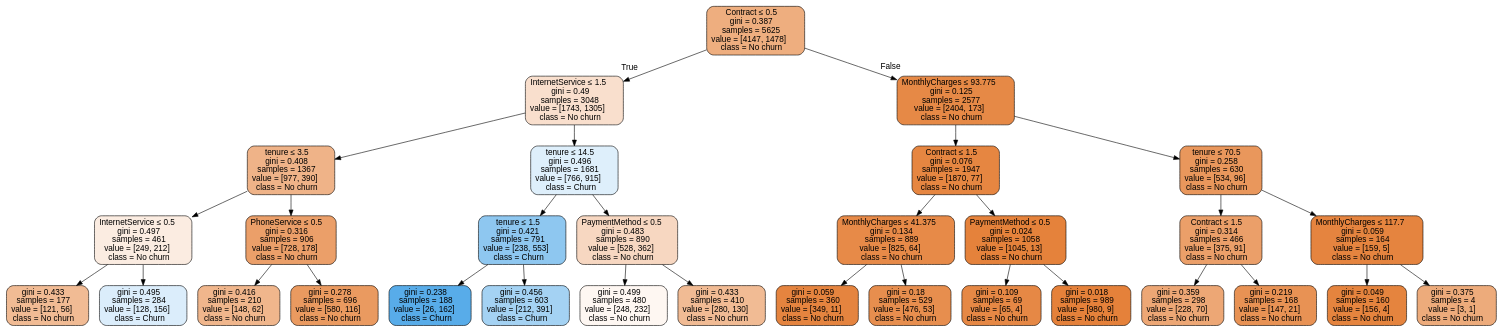
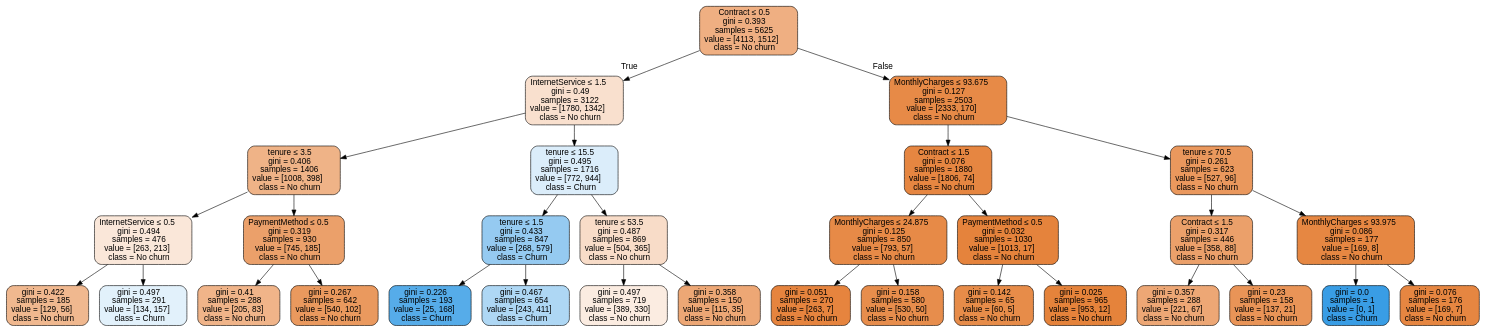
One commit to smarty1palak/Customer_Churn_Prediction changed the diagram in decision_tree.gv. Above: the diagram before and after it, drawn with Graphviz. The commit also changed 7 other files, not shown here.

```diff
--- a/decision_tree.gv
+++ b/decision_tree.gv
@@ -1,65 +1,65 @@
 digraph Tree {
 node [shape=box, style="filled, rounded", color="black", fontname=helvetica] ;
 edge [fontname=helvetica] ;
-0 [label=<Contract &le; 0.5<br/>gini = 0.387<br/>samples = 5625<br/>value = [4147, 1478]<br/>class = No churn>, fillcolor="#e58139a4"] ;
-1 [label=<InternetService &le; 1.5<br/>gini = 0.49<br/>samples = 3048<br/>value = [1743, 1305]<br/>class = No churn>, fillcolor="#e5813940"] ;
+0 [label=<Contract &le; 0.5<br/>gini = 0.393<br/>samples = 5625<br/>value = [4113, 1512]<br/>class = No churn>, fillcolor="#efaf82"] ;
+1 [label=<InternetService &le; 1.5<br/>gini = 0.49<br/>samples = 3122<br/>value = [1780, 1342]<br/>class = No churn>, fillcolor="#f9e0ce"] ;
 0 -> 1 [labeldistance=2.5, labelangle=45, headlabel="True"] ;
-2 [label=<tenure &le; 3.5<br/>gini = 0.408<br/>samples = 1367<br/>value = [977, 390]<br/>class = No churn>, fillcolor="#e5813999"] ;
+2 [label=<tenure &le; 3.5<br/>gini = 0.406<br/>samples = 1406<br/>value = [1008, 398]<br/>class = No churn>, fillcolor="#efb387"] ;
 1 -> 2 ;
-3 [label=<InternetService &le; 0.5<br/>gini = 0.497<br/>samples = 461<br/>value = [249, 212]<br/>class = No churn>, fillcolor="#e5813926"] ;
+3 [label=<InternetService &le; 0.5<br/>gini = 0.494<br/>samples = 476<br/>value = [263, 213]<br/>class = No churn>, fillcolor="#fae7d9"] ;
 2 -> 3 ;
-4 [label=<gini = 0.433<br/>samples = 177<br/>value = [121, 56]<br/>class = No churn>, fillcolor="#e5813989"] ;
+4 [label=<gini = 0.422<br/>samples = 185<br/>value = [129, 56]<br/>class = No churn>, fillcolor="#f0b88f"] ;
 3 -> 4 ;
-5 [label=<gini = 0.495<br/>samples = 284<br/>value = [128, 156]<br/>class = Churn>, fillcolor="#399de52e"] ;
+5 [label=<gini = 0.497<br/>samples = 291<br/>value = [134, 157]<br/>class = Churn>, fillcolor="#e2f1fb"] ;
 3 -> 5 ;
-6 [label=<PhoneService &le; 0.5<br/>gini = 0.316<br/>samples = 906<br/>value = [728, 178]<br/>class = No churn>, fillcolor="#e58139c1"] ;
+6 [label=<PaymentMethod &le; 0.5<br/>gini = 0.319<br/>samples = 930<br/>value = [745, 185]<br/>class = No churn>, fillcolor="#eba06a"] ;
 2 -> 6 ;
-7 [label=<gini = 0.416<br/>samples = 210<br/>value = [148, 62]<br/>class = No churn>, fillcolor="#e5813994"] ;
+7 [label=<gini = 0.41<br/>samples = 288<br/>value = [205, 83]<br/>class = No churn>, fillcolor="#f0b489"] ;
 6 -> 7 ;
-8 [label=<gini = 0.278<br/>samples = 696<br/>value = [580, 116]<br/>class = No churn>, fillcolor="#e58139cc"] ;
+8 [label=<gini = 0.267<br/>samples = 642<br/>value = [540, 102]<br/>class = No churn>, fillcolor="#ea995e"] ;
 6 -> 8 ;
-9 [label=<tenure &le; 14.5<br/>gini = 0.496<br/>samples = 1681<br/>value = [766, 915]<br/>class = Churn>, fillcolor="#399de52a"] ;
+9 [label=<tenure &le; 15.5<br/>gini = 0.495<br/>samples = 1716<br/>value = [772, 944]<br/>class = Churn>, fillcolor="#dbedfa"] ;
 1 -> 9 ;
-10 [label=<tenure &le; 1.5<br/>gini = 0.421<br/>samples = 791<br/>value = [238, 553]<br/>class = Churn>, fillcolor="#399de591"] ;
+10 [label=<tenure &le; 1.5<br/>gini = 0.433<br/>samples = 847<br/>value = [268, 579]<br/>class = Churn>, fillcolor="#95caf1"] ;
 9 -> 10 ;
-11 [label=<gini = 0.238<br/>samples = 188<br/>value = [26, 162]<br/>class = Churn>, fillcolor="#399de5d6"] ;
+11 [label=<gini = 0.226<br/>samples = 193<br/>value = [25, 168]<br/>class = Churn>, fillcolor="#56ace9"] ;
 10 -> 11 ;
-12 [label=<gini = 0.456<br/>samples = 603<br/>value = [212, 391]<br/>class = Churn>, fillcolor="#399de575"] ;
+12 [label=<gini = 0.467<br/>samples = 654<br/>value = [243, 411]<br/>class = Churn>, fillcolor="#aed7f4"] ;
 10 -> 12 ;
-13 [label=<PaymentMethod &le; 0.5<br/>gini = 0.483<br/>samples = 890<br/>value = [528, 362]<br/>class = No churn>, fillcolor="#e5813950"] ;
+13 [label=<tenure &le; 53.5<br/>gini = 0.487<br/>samples = 869<br/>value = [504, 365]<br/>class = No churn>, fillcolor="#f8dcc8"] ;
 9 -> 13 ;
-14 [label=<gini = 0.499<br/>samples = 480<br/>value = [248, 232]<br/>class = No churn>, fillcolor="#e5813910"] ;
+14 [label=<gini = 0.497<br/>samples = 719<br/>value = [389, 330]<br/>class = No churn>, fillcolor="#fbece1"] ;
 13 -> 14 ;
-15 [label=<gini = 0.433<br/>samples = 410<br/>value = [280, 130]<br/>class = No churn>, fillcolor="#e5813989"] ;
+15 [label=<gini = 0.358<br/>samples = 150<br/>value = [115, 35]<br/>class = No churn>, fillcolor="#eda775"] ;
 13 -> 15 ;
-16 [label=<MonthlyCharges &le; 93.775<br/>gini = 0.125<br/>samples = 2577<br/>value = [2404, 173]<br/>class = No churn>, fillcolor="#e58139ed"] ;
+16 [label=<MonthlyCharges &le; 93.675<br/>gini = 0.127<br/>samples = 2503<br/>value = [2333, 170]<br/>class = No churn>, fillcolor="#e78a47"] ;
 0 -> 16 [labeldistance=2.5, labelangle=-45, headlabel="False"] ;
-17 [label=<Contract &le; 1.5<br/>gini = 0.076<br/>samples = 1947<br/>value = [1870, 77]<br/>class = No churn>, fillcolor="#e58139f4"] ;
+17 [label=<Contract &le; 1.5<br/>gini = 0.076<br/>samples = 1880<br/>value = [1806, 74]<br/>class = No churn>, fillcolor="#e68641"] ;
 16 -> 17 ;
-18 [label=<MonthlyCharges &le; 41.375<br/>gini = 0.134<br/>samples = 889<br/>value = [825, 64]<br/>class = No churn>, fillcolor="#e58139eb"] ;
+18 [label=<MonthlyCharges &le; 24.875<br/>gini = 0.125<br/>samples = 850<br/>value = [793, 57]<br/>class = No churn>, fillcolor="#e78a47"] ;
 17 -> 18 ;
-19 [label=<gini = 0.059<br/>samples = 360<br/>value = [349, 11]<br/>class = No churn>, fillcolor="#e58139f7"] ;
+19 [label=<gini = 0.051<br/>samples = 270<br/>value = [263, 7]<br/>class = No churn>, fillcolor="#e6843e"] ;
 18 -> 19 ;
-20 [label=<gini = 0.18<br/>samples = 529<br/>value = [476, 53]<br/>class = No churn>, fillcolor="#e58139e3"] ;
+20 [label=<gini = 0.158<br/>samples = 580<br/>value = [530, 50]<br/>class = No churn>, fillcolor="#e78d4c"] ;
 18 -> 20 ;
-21 [label=<PaymentMethod &le; 0.5<br/>gini = 0.024<br/>samples = 1058<br/>value = [1045, 13]<br/>class = No churn>, fillcolor="#e58139fc"] ;
+21 [label=<PaymentMethod &le; 0.5<br/>gini = 0.032<br/>samples = 1030<br/>value = [1013, 17]<br/>class = No churn>, fillcolor="#e5833c"] ;
 17 -> 21 ;
-22 [label=<gini = 0.109<br/>samples = 69<br/>value = [65, 4]<br/>class = No churn>, fillcolor="#e58139ef"] ;
+22 [label=<gini = 0.142<br/>samples = 65<br/>value = [60, 5]<br/>class = No churn>, fillcolor="#e78c49"] ;
 21 -> 22 ;
-23 [label=<gini = 0.018<br/>samples = 989<br/>value = [980, 9]<br/>class = No churn>, fillcolor="#e58139fd"] ;
+23 [label=<gini = 0.025<br/>samples = 965<br/>value = [953, 12]<br/>class = No churn>, fillcolor="#e5833b"] ;
 21 -> 23 ;
-24 [label=<tenure &le; 70.5<br/>gini = 0.258<br/>samples = 630<br/>value = [534, 96]<br/>class = No churn>, fillcolor="#e58139d1"] ;
+24 [label=<tenure &le; 70.5<br/>gini = 0.261<br/>samples = 623<br/>value = [527, 96]<br/>class = No churn>, fillcolor="#ea985d"] ;
 16 -> 24 ;
-25 [label=<Contract &le; 1.5<br/>gini = 0.314<br/>samples = 466<br/>value = [375, 91]<br/>class = No churn>, fillcolor="#e58139c1"] ;
+25 [label=<Contract &le; 1.5<br/>gini = 0.317<br/>samples = 446<br/>value = [358, 88]<br/>class = No churn>, fillcolor="#eba06a"] ;
 24 -> 25 ;
-26 [label=<gini = 0.359<br/>samples = 298<br/>value = [228, 70]<br/>class = No churn>, fillcolor="#e58139b1"] ;
+26 [label=<gini = 0.357<br/>samples = 288<br/>value = [221, 67]<br/>class = No churn>, fillcolor="#eda775"] ;
 25 -> 26 ;
-27 [label=<gini = 0.219<br/>samples = 168<br/>value = [147, 21]<br/>class = No churn>, fillcolor="#e58139db"] ;
+27 [label=<gini = 0.23<br/>samples = 158<br/>value = [137, 21]<br/>class = No churn>, fillcolor="#e99457"] ;
 25 -> 27 ;
-28 [label=<MonthlyCharges &le; 117.7<br/>gini = 0.059<br/>samples = 164<br/>value = [159, 5]<br/>class = No churn>, fillcolor="#e58139f7"] ;
+28 [label=<MonthlyCharges &le; 93.975<br/>gini = 0.086<br/>samples = 177<br/>value = [169, 8]<br/>class = No churn>, fillcolor="#e68742"] ;
 24 -> 28 ;
-29 [label=<gini = 0.049<br/>samples = 160<br/>value = [156, 4]<br/>class = No churn>, fillcolor="#e58139f8"] ;
+29 [label=<gini = 0.0<br/>samples = 1<br/>value = [0, 1]<br/>class = Churn>, fillcolor="#399de5"] ;
 28 -> 29 ;
-30 [label=<gini = 0.375<br/>samples = 4<br/>value = [3, 1]<br/>class = No churn>, fillcolor="#e58139aa"] ;
+30 [label=<gini = 0.076<br/>samples = 176<br/>value = [169, 7]<br/>class = No churn>, fillcolor="#e68641"] ;
 28 -> 30 ;
 }
```
